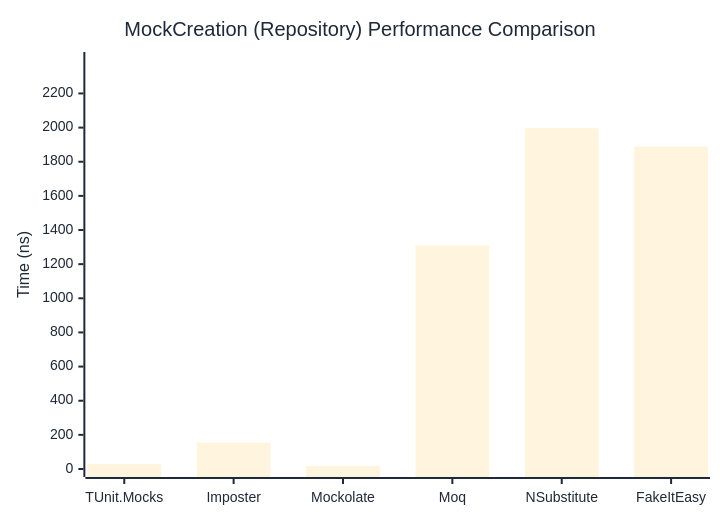
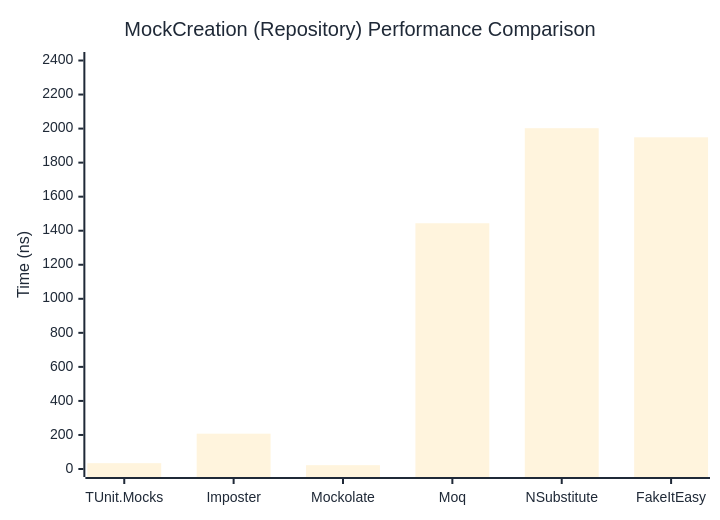
One commit to thomhurst/TUnit changed the second of 2 diagrams in docs/docs/benchmarks/mocks/MockCreation.md. Above: the diagram before and after it, drawn with Mermaid. The commit also changed other lines of this file and 14 other files, not shown here.

````diff
--- a/docs/docs/benchmarks/mocks/MockCreation.md
+++ b/docs/docs/benchmarks/mocks/MockCreation.md
@@ -71,27 +71,27 @@
 ```mermaid
 %%{init: {
   'theme':'base',
   'themeVariables': {
     'primaryColor': '#2563eb',
     'primaryTextColor': '#1f2937',
     'primaryBorderColor': '#1e40af',
     'lineColor': '#6b7280',
     'secondaryColor': '#7c3aed',
     'tertiaryColor': '#dc2626',
     'background': '#ffffff',
     'pie1': '#2563eb',
     'pie2': '#7c3aed',
     'pie3': '#dc2626',
     'pie4': '#f59e0b',
     'pie5': '#10b981',
     'pie6': '#06b6d4',
     'pie7': '#ec4899',
     'pie8': '#6366f1'
   }
 }}%%
 xychart-beta
   title "MockCreation (Repository) Performance Comparison"
   x-axis ["TUnit.Mocks", "Imposter", "Mockolate", "Moq", "NSubstitute", "FakeItEasy"]
-  y-axis "Time (ns)" 0 --> 2396
-  bar [29.36, 154.67, 17.79, 1310.81, 1996.43, 1889.18]
+  y-axis "Time (ns)" 0 --> 2403
+  bar [34.24, 207.55, 22.5, 1443.82, 2002.45, 1948.75]
 ```
````
